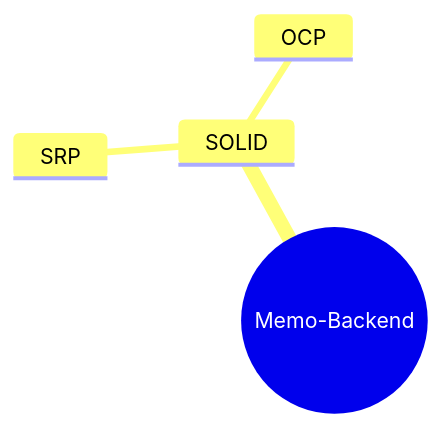
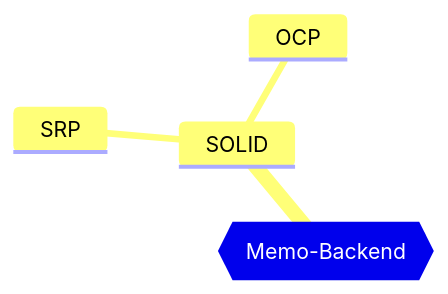
One commit to urrestarazu-alejandro/memo-backend changed the diagram in pages/mapamental.md. Above: the diagram before and after it, drawn with Mermaid.

Commit message:
fix raiz mapa mental

````diff
--- a/pages/mapamental.md
+++ b/pages/mapamental.md
@@ -10,8 +10,8 @@
 ```mermaid
 mindmap
-  root((Memo-Backend))
+  root{{Memo-Backend}}
     SOLID
     ::icon(fas fa-yin-yang)
         SRP
         OCP
 ```  
````
